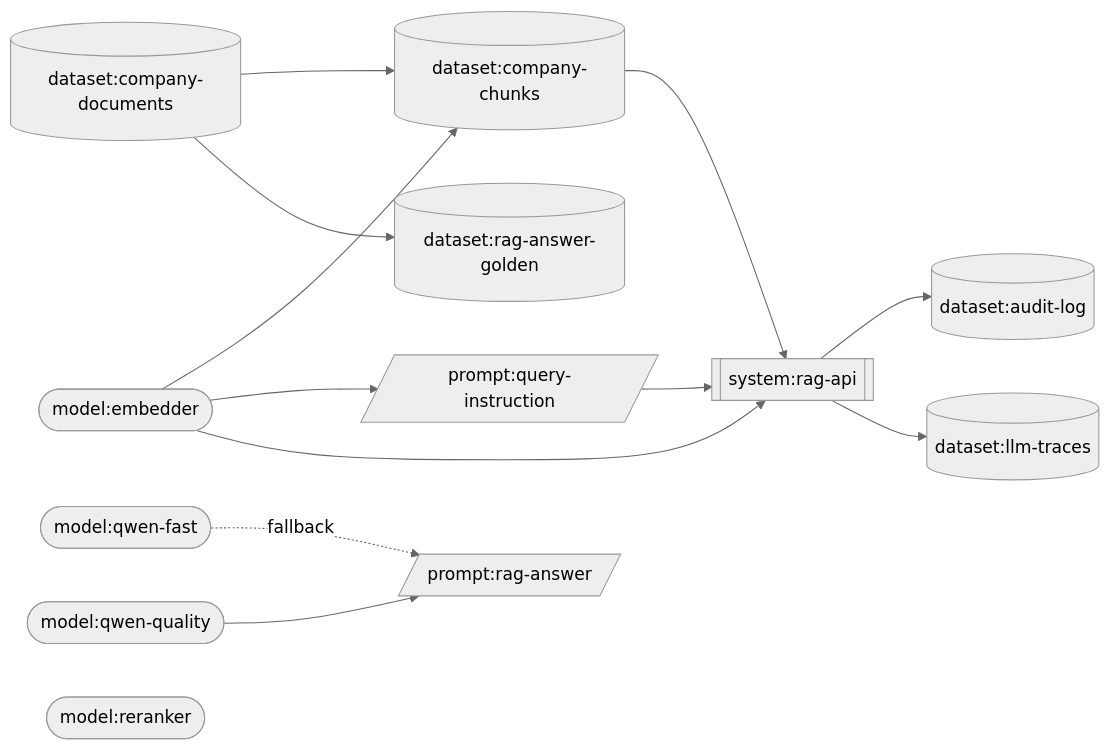
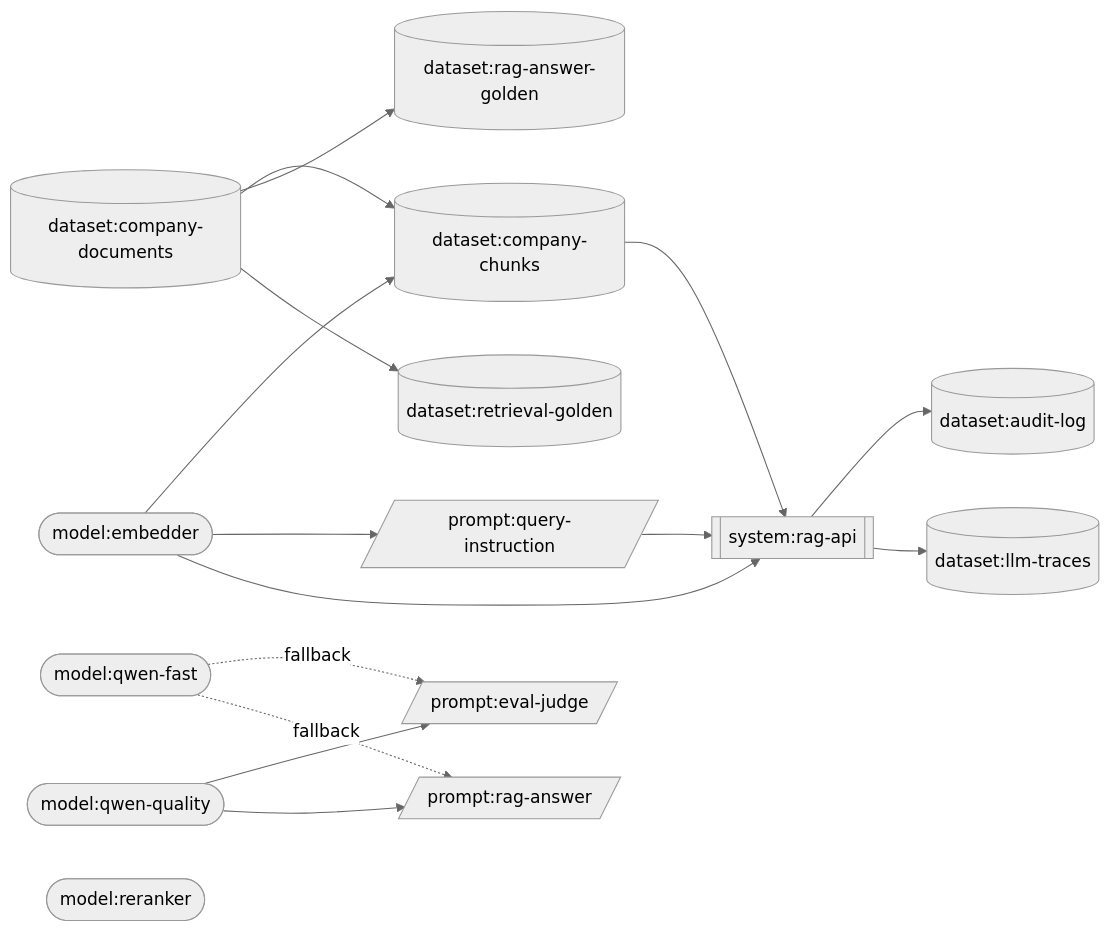
The diagram in docs/cards/README.md (deivamanikailasam/RAG-Platform), drawn with Mermaid (neutral theme) before and after one commit. The commit also changed other lines of this file and 41 other files, not shown here.

First line of the commit message:
feat(evals): rag-evals harness with golden datasets, gates and an LLM judge

````diff
--- a/docs/cards/README.md
+++ b/docs/cards/README.md
@@ -20,26 +21,31 @@
 ```mermaid
 flowchart LR
     dataset_audit_log[("dataset:audit-log")]
     dataset_company_chunks[("dataset:company-chunks")]
     dataset_company_documents[("dataset:company-documents")]
     dataset_llm_traces[("dataset:llm-traces")]
     dataset_rag_answer_golden[("dataset:rag-answer-golden")]
+    dataset_retrieval_golden[("dataset:retrieval-golden")]
     model_embedder(["model:embedder"])
     model_qwen_fast(["model:qwen-fast"])
     model_qwen_quality(["model:qwen-quality"])
     model_reranker(["model:reranker"])
+    prompt_eval_judge[/"prompt:eval-judge"/]
     prompt_query_instruction[/"prompt:query-instruction"/]
     prompt_rag_answer[/"prompt:rag-answer"/]
     system_rag_api[["system:rag-api"]]
     dataset_company_chunks --> system_rag_api
     dataset_company_documents --> dataset_company_chunks
     dataset_company_documents --> dataset_rag_answer_golden
+    dataset_company_documents --> dataset_retrieval_golden
     model_embedder --> dataset_company_chunks
     model_embedder --> prompt_query_instruction
     model_embedder --> system_rag_api
+    model_qwen_fast -.->|fallback| prompt_eval_judge
     model_qwen_fast -.->|fallback| prompt_rag_answer
+    model_qwen_quality --> prompt_eval_judge
     model_qwen_quality --> prompt_rag_answer
     prompt_query_instruction --> system_rag_api
     system_rag_api --> dataset_audit_log
     system_rag_api --> dataset_llm_traces
 ```
````
